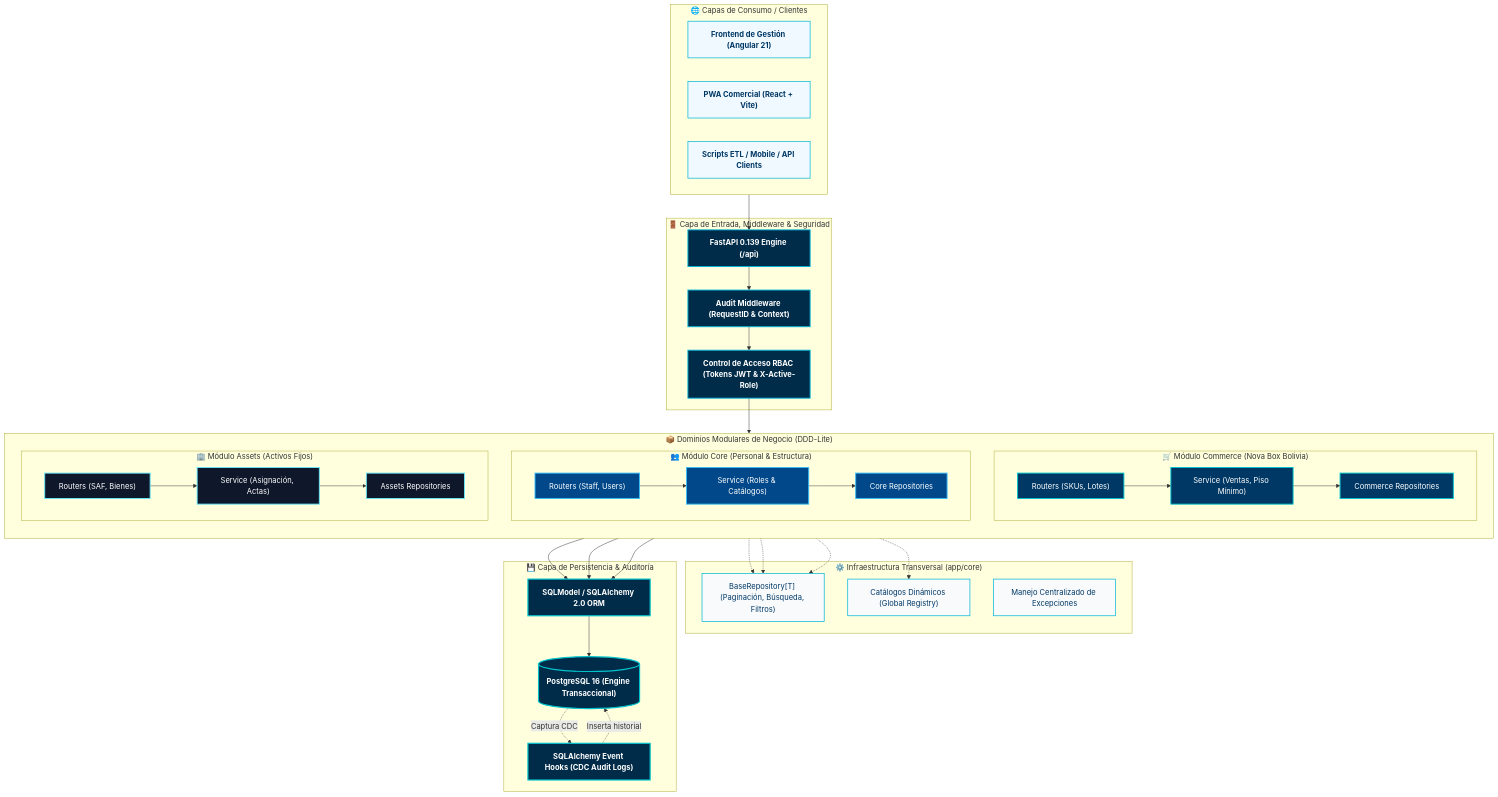
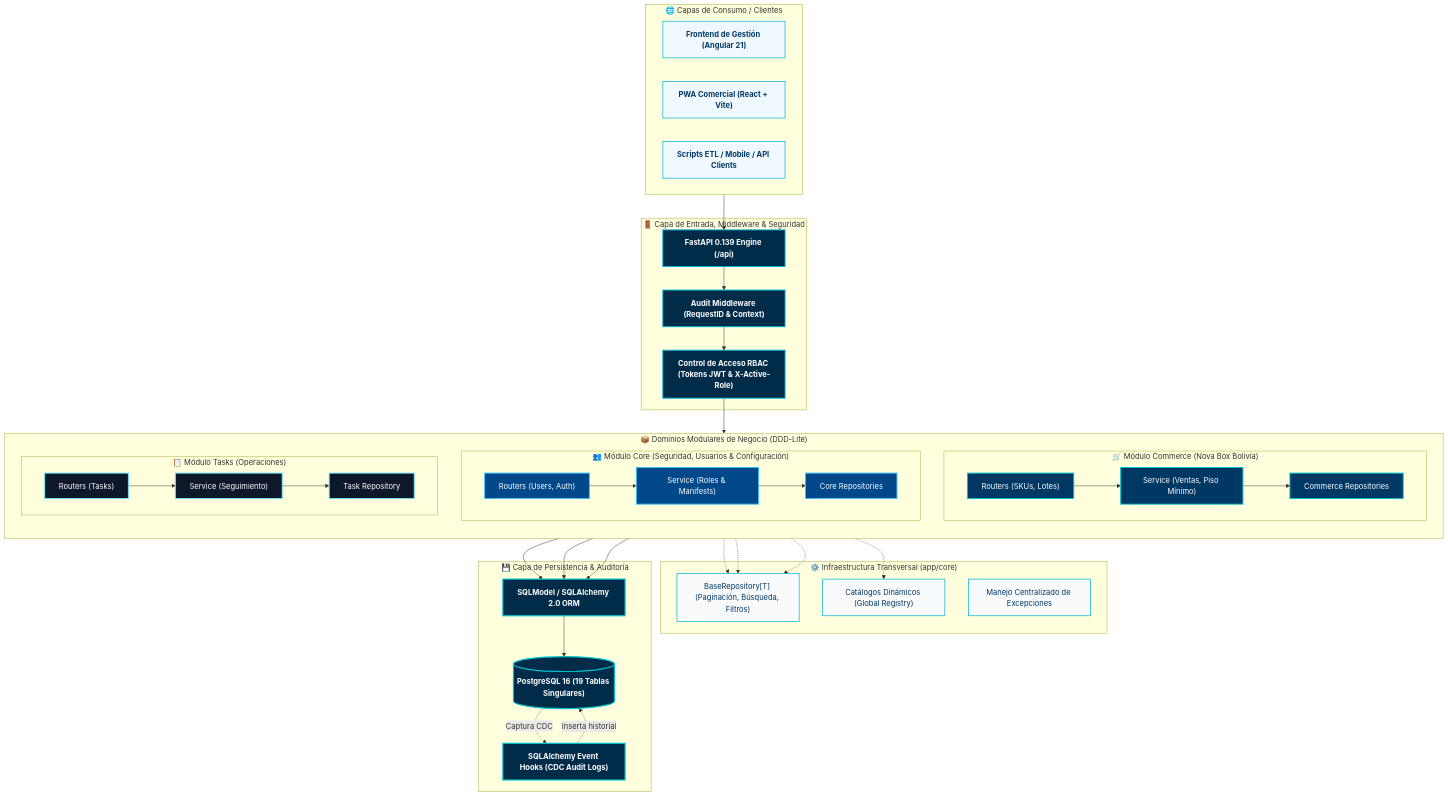
Before and after one commit to henrytaby/uyuni-backend-py: the diagram in README.md, drawn with Mermaid. The commit also changed other lines of this file and 20 other files, not shown here.

````diff
--- a/README.md
+++ b/README.md
@@ -81,14 +81,14 @@
             C_R["Routers (SKUs, Lotes)"] --> C_S["Service (Ventas, Piso Mínimo)"] --> C_RP["Commerce Repositories"]
         end
 
-        subgraph Core["👥 Módulo Core (Personal & Estructura)"]
+        subgraph Core["👥 Módulo Core (Seguridad, Usuarios & Configuración)"]
             direction LR
-            U_R["Routers (Staff, Users)"] --> U_S["Service (Roles & Catálogos)"] --> U_RP["Core Repositories"]
+            U_R["Routers (Users, Auth)"] --> U_S["Service (Roles & Manifests)"] --> U_RP["Core Repositories"]
         end
 
-        subgraph Assets["🏢 Módulo Assets (Activos Fijos)"]
+        subgraph Tasks["📋 Módulo Tasks (Operaciones)"]
             direction LR
-            A_R["Routers (SAF, Bienes)"] --> A_S["Service (Asignación, Actas)"] --> A_RP["Assets Repositories"]
+            T_R["Routers (Tasks)"] --> T_S["Service (Seguimiento)"] --> T_RP["Task Repository"]
         end
     end
 
@@ -100,7 +100,7 @@
 
     subgraph DataPersistence["💾 Capa de Persistencia & Auditoría"]
         ORM["SQLModel / SQLAlchemy 2.0 ORM"]
-        DB[("PostgreSQL 16 (Engine Transaccional)")]
+        DB[("PostgreSQL 16 (19 Tablas Singulares)")]
         CDC["SQLAlchemy Event Hooks (CDC Audit Logs)"]
     end
 
@@ -112,12 +112,12 @@
 
     Commerce -.-> BASE_REPO
     Core -.-> BASE_REPO
-    Assets -.-> BASE_REPO
-    Core -.-> CATALOG_REG
+    Tasks -.-> BASE_REPO
+    Commerce -.-> CATALOG_REG
 
     C_RP --> ORM
     U_RP --> ORM
-    A_RP --> ORM
+    T_RP --> ORM
 
     ORM --> DB
     DB -.->|Captura CDC| CDC
@@ -130,7 +130,7 @@
     classDef gatewayNode fill:#002b49,stroke:#00b4d8,stroke-width:2px,color:#ffffff,font-weight:bold;
     classDef commerceNode fill:#003865,stroke:#00c2cb,stroke-width:2px,color:#ffffff;
     classDef coreNode fill:#004889,stroke:#38bdf8,stroke-width:2px,color:#ffffff;
-    classDef assetsNode fill:#0f172a,stroke:#67e8f9,stroke-width:2px,color:#ffffff;
+    classDef tasksNode fill:#0f172a,stroke:#67e8f9,stroke-width:2px,color:#ffffff;
     classDef sharedNode fill:#f8fafc,stroke:#00b4d8,stroke-width:1.5px,color:#003865;
     classDef dbNode fill:#002b49,stroke:#00c2cb,stroke-width:2.5px,color:#ffffff,font-weight:bold;
 
@@ -138,7 +138,7 @@
     class API,AUTH,AUDIT_MW gatewayNode;
     class C_R,C_S,C_RP commerceNode;
     class U_R,U_S,U_RP coreNode;
-    class A_R,A_S,A_RP assetsNode;
+    class T_R,T_S,T_RP tasksNode;
     class BASE_REPO,CATALOG_REG,EXC_HANDLER sharedNode;
     class ORM,DB,CDC dbNode;
 ```
````
